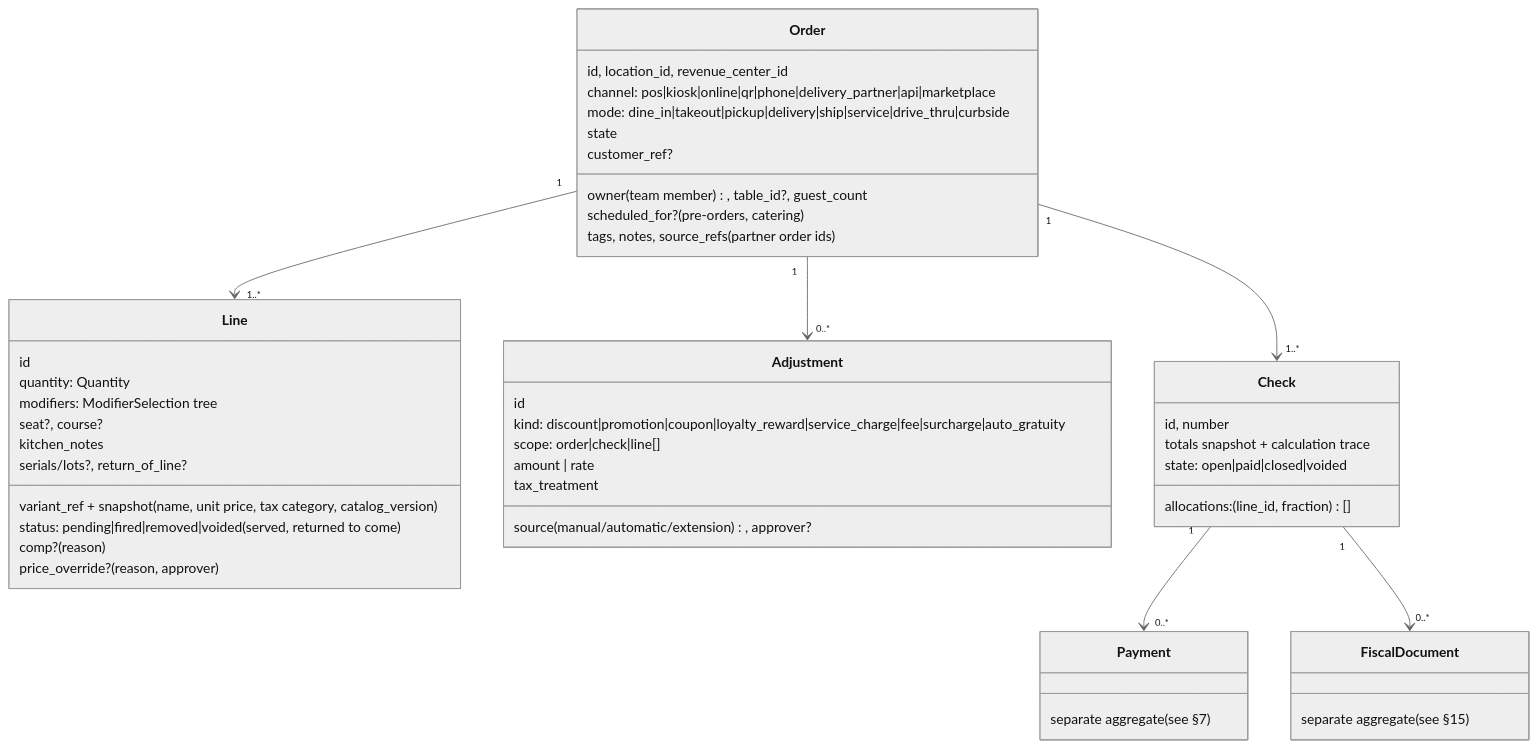
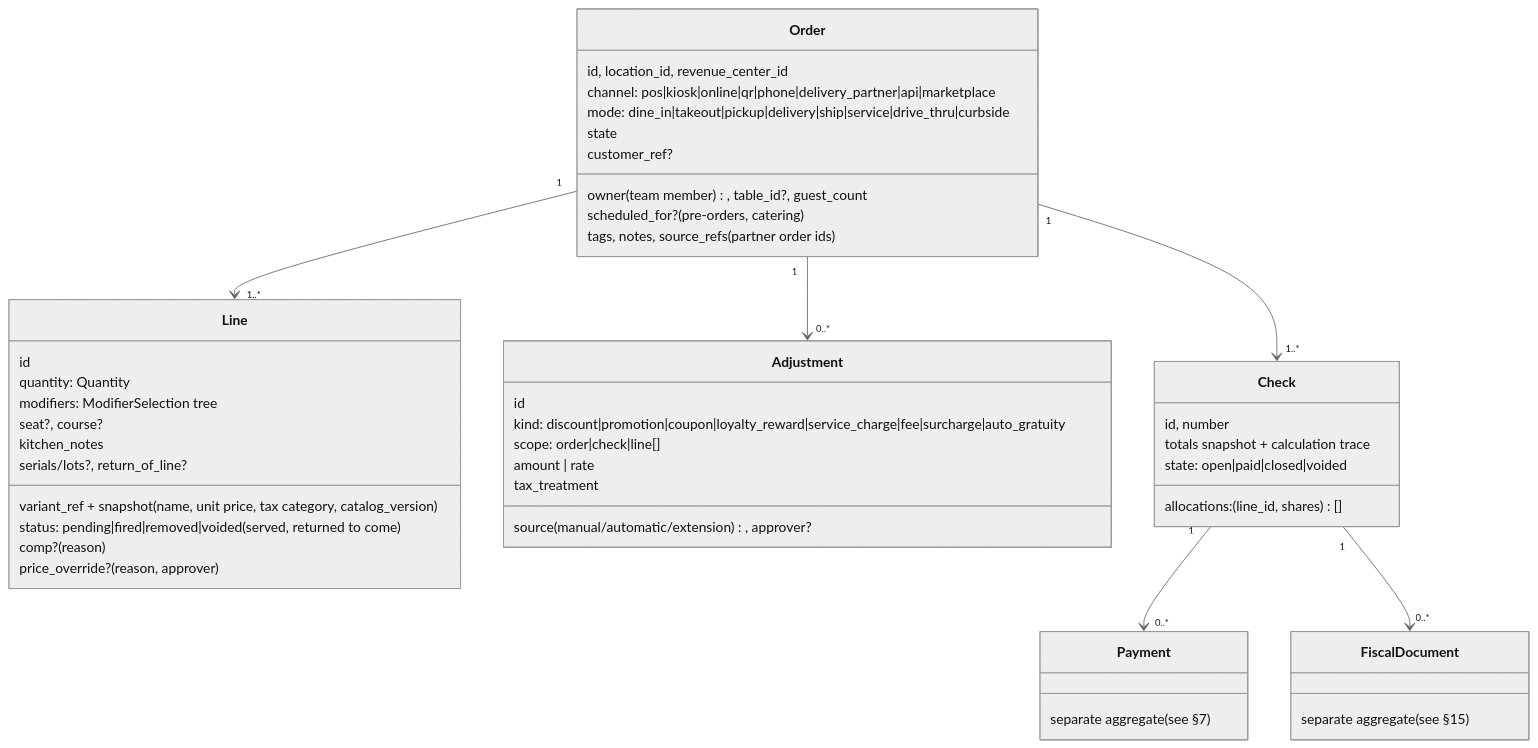
The third of 5 diagrams in docs/architecture/domain-model.md (programminglab717/POS-system), drawn with Mermaid (neutral theme) before and after one commit. The commit also changed other lines of this file and 29 other files, not shown here.

````diff
--- a/docs/architecture/domain-model.md
+++ b/docs/architecture/domain-model.md
@@ -292,50 +293,50 @@
 ```mermaid
 classDiagram
   class Order {
     id, location_id, revenue_center_id
     channel: pos|kiosk|online|qr|phone|delivery_partner|api|marketplace
     mode: dine_in|takeout|pickup|delivery|ship|service|drive_thru|curbside
     state
     owner (team member), table_id?, guest_count
     customer_ref?
     scheduled_for? (pre-orders, catering)
     tags, notes, source_refs (partner order ids)
   }
   class Line {
     id
     variant_ref + snapshot (name, unit price, tax category, catalog_version)
     quantity: Quantity
     modifiers: ModifierSelection tree
     seat?, course?
     status: pending|fired|removed|voided (served, returned to come)
     comp? (reason)
     kitchen_notes
     price_override? (reason, approver)
     serials/lots?, return_of_line?
   }
   class Adjustment {
     id
     kind: discount|promotion|coupon|loyalty_reward|service_charge|fee|surcharge|auto_gratuity
     scope: order|check|line[]
     amount | rate
     tax_treatment
     source (manual/automatic/extension), approver?
   }
   class Check {
     id, number
-    allocations: (line_id, fraction)[]
+    allocations: (line_id, shares)[]
     totals snapshot + calculation trace
     state: open|paid|closed|voided
   }
   class Payment {
     separate aggregate (see §7)
   }
   class FiscalDocument {
     separate aggregate (see §15)
   }
   Order "1" --> "1..*" Line
   Order "1" --> "0..*" Adjustment
   Order "1" --> "1..*" Check
   Check "1" --> "0..*" Payment
   Check "1" --> "0..*" FiscalDocument
 ```
````
